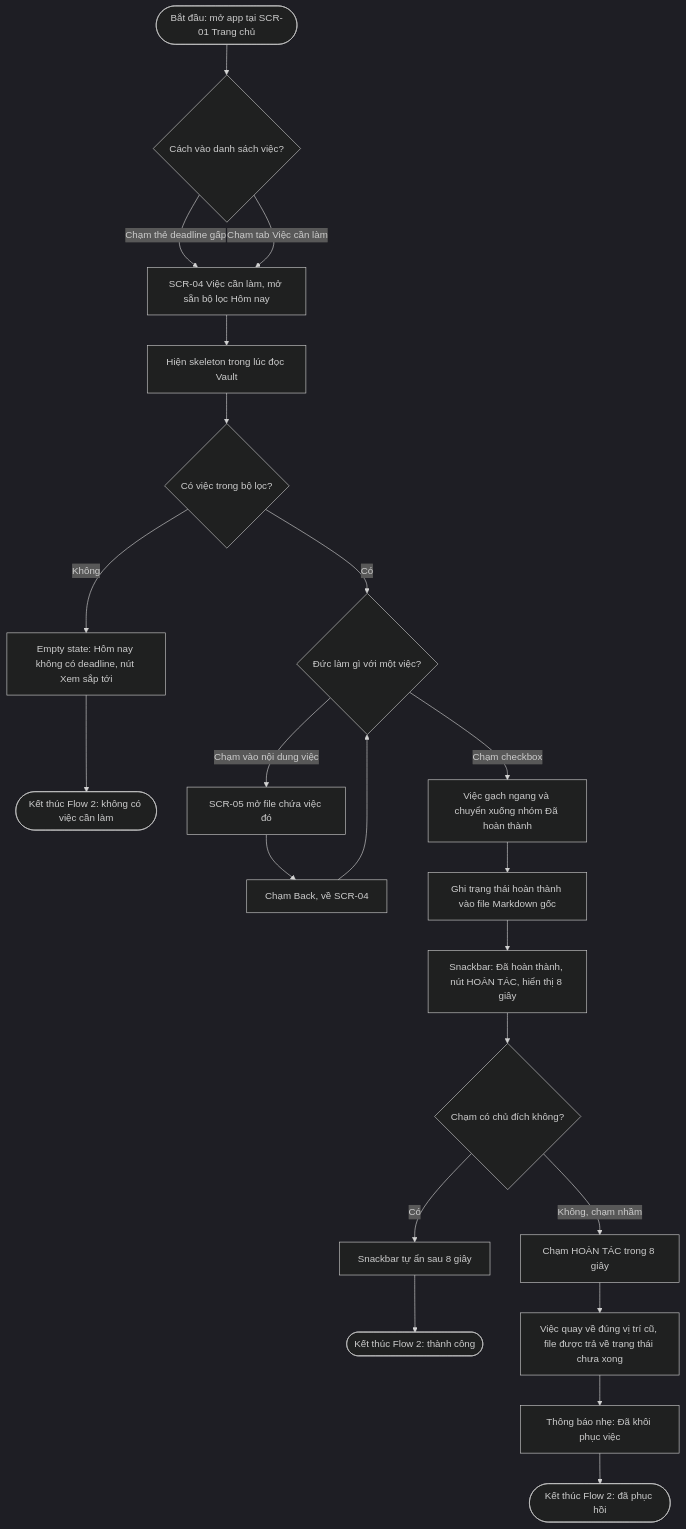
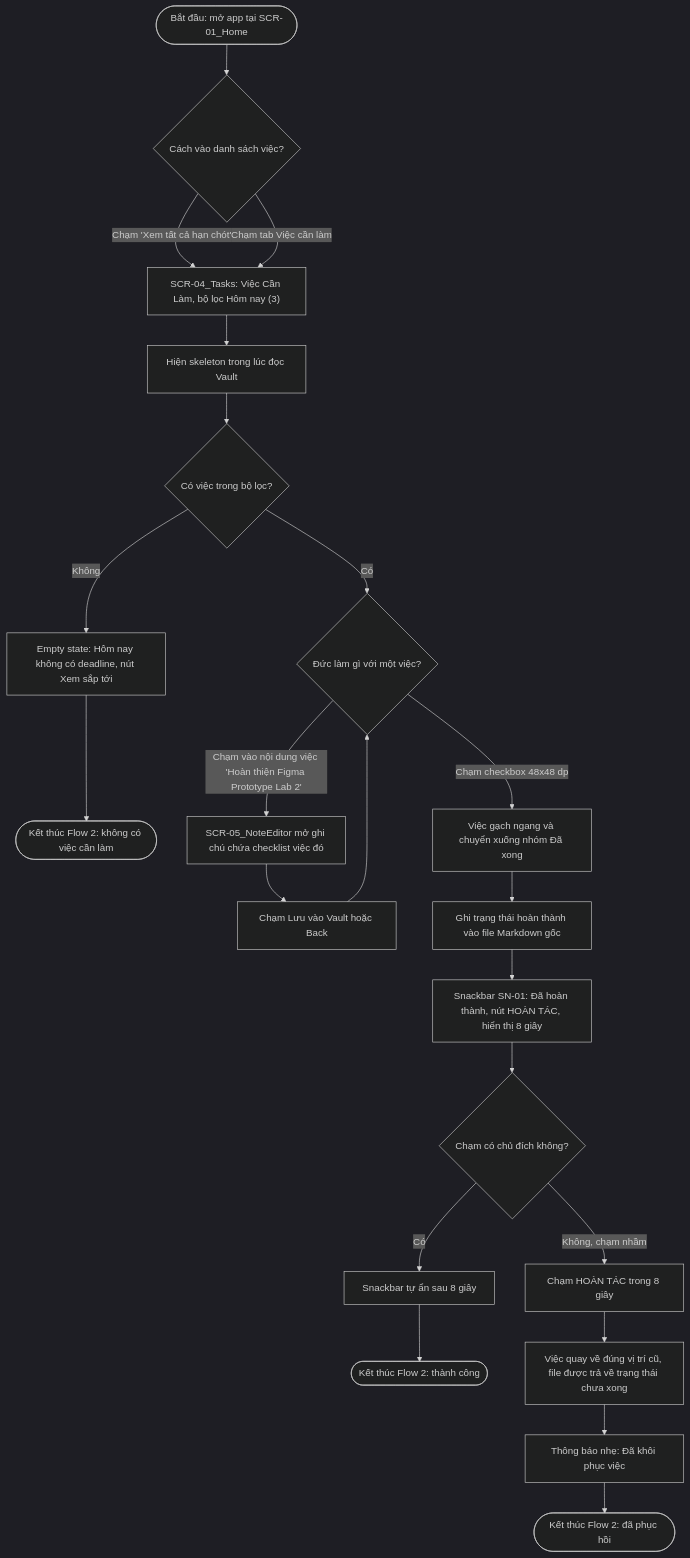
One commit to quanglong68/prm323-lab2-gr6 changed the second of 4 diagrams in user-flow.md. Above: the diagram before and after it, drawn with Mermaid (dark theme). The commit also changed other lines of this file, not shown here.

````diff
--- a/user-flow.md
+++ b/user-flow.md
@@ -129,24 +132,24 @@
 ```mermaid
 flowchart TD
-    Start(["Bắt đầu: mở app tại SCR-01 Trang chủ"]) --> Entry{"Cách vào danh sách việc?"}
-    Entry -->|Chạm thẻ deadline gấp| ToTasks["SCR-04 Việc cần làm, mở sẵn bộ lọc Hôm nay"]
+    Start(["Bắt đầu: mở app tại SCR-01_Home"]) --> Entry{"Cách vào danh sách việc?"}
+    Entry -->|Chạm 'Xem tất cả hạn chót'| ToTasks["SCR-04_Tasks: Việc Cần Làm, bộ lọc Hôm nay (3)"]
     Entry -->|Chạm tab Việc cần làm| ToTasks
     ToTasks --> Loading["Hiện skeleton trong lúc đọc Vault"]
     Loading --> HasTasks{"Có việc trong bộ lọc?"}
     HasTasks -->|Không| EmptyState["Empty state: Hôm nay không có deadline, nút Xem sắp tới"]
     EmptyState --> EndEmpty(["Kết thúc Flow 2: không có việc cần làm"])
     HasTasks -->|Có| Pick{"Đức làm gì với một việc?"}
-    Pick -->|Chạm vào nội dung việc| OpenFile["SCR-05 mở file chứa việc đó"]
-    OpenFile --> BackList["Chạm Back, về SCR-04"]
+    Pick -->|Chạm vào nội dung việc 'Hoàn thiện Figma Prototype Lab 2'| OpenFile["SCR-05_NoteEditor mở ghi chú chứa checklist việc đó"]
+    OpenFile --> BackList["Chạm Lưu vào Vault hoặc Back"]
     BackList --> Pick
-    Pick -->|Chạm checkbox| Done["Việc gạch ngang và chuyển xuống nhóm Đã hoàn thành"]
+    Pick -->|Chạm checkbox 48x48 dp| Done["Việc gạch ngang và chuyển xuống nhóm Đã xong"]
     Done --> Write["Ghi trạng thái hoàn thành vào file Markdown gốc"]
-    Write --> Snack["Snackbar: Đã hoàn thành, nút HOÀN TÁC, hiển thị 8 giây"]
+    Write --> Snack["Snackbar SN-01: Đã hoàn thành, nút HOÀN TÁC, hiển thị 8 giây"]
     Snack --> Intent{"Chạm có chủ đích không?"}
     Intent -->|Có| Auto["Snackbar tự ẩn sau 8 giây"]
     Auto --> EndOk(["Kết thúc Flow 2: thành công"])
     Intent -->|Không, chạm nhầm| Undo["Chạm HOÀN TÁC trong 8 giây"]
     Undo --> Restore["Việc quay về đúng vị trí cũ, file được trả về trạng thái chưa xong"]
     Restore --> Toast["Thông báo nhẹ: Đã khôi phục việc"]
     Toast --> EndRecover(["Kết thúc Flow 2: đã phục hồi"])
 ```
````
